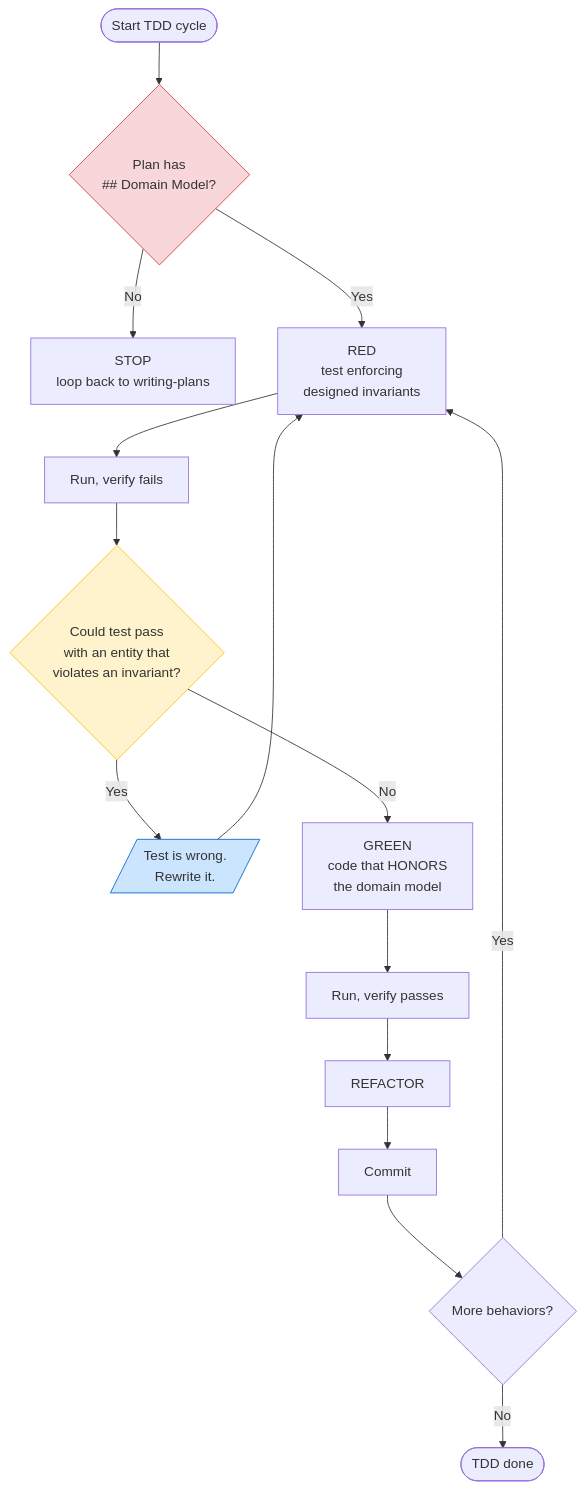
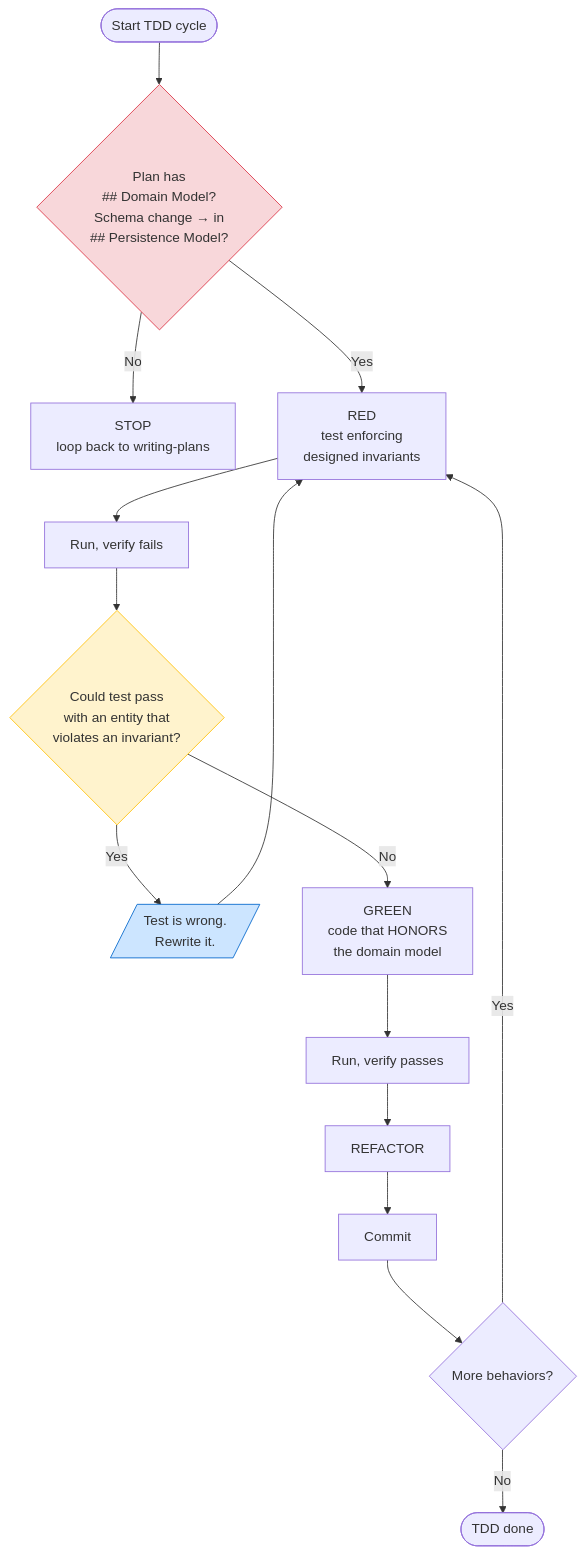
Before and after one commit to MudraMartin/dotlight-skillset: the third of 3 diagrams in README.md, drawn with Mermaid. The commit also changed other lines of this file and 76 other files, not shown here.

````diff
--- a/README.md
+++ b/README.md
@@ -217,21 +224,21 @@
 ```mermaid
 flowchart TD
-    Start([Start TDD cycle]) --> Prereq{"Plan has<br/>## Domain Model?"}
+    Start([Start TDD cycle]) --> Prereq{"Plan has<br/>## Domain Model?<br/>Schema change → in<br/>## Persistence Model?"}
     Prereq -->|No| StopBack["STOP<br/>loop back to writing-plans"]
     Prereq -->|Yes| Red["RED<br/>test enforcing<br/>designed invariants"]
     Red --> RunFail[Run, verify fails]
     RunFail --> CheatCheck{"Could test pass<br/>with an entity that<br/>violates an invariant?"}
     CheatCheck -->|Yes| FixTest[/"Test is wrong.<br/>Rewrite it."/]
     FixTest --> Red
     CheatCheck -->|No| Green["GREEN<br/>code that HONORS<br/>the domain model"]
     Green --> RunPass[Run, verify passes]
     RunPass --> Refactor[REFACTOR]
     Refactor --> Commit[Commit]
     Commit --> More{"More behaviors?"}
     More -->|Yes| Red
     More -->|No| EndCycle([TDD done])
 
     style Prereq fill:#f8d7da,stroke:#dc3545
     style CheatCheck fill:#fff3cd,stroke:#ffc107
     style FixTest fill:#cce5ff,stroke:#0066cc
 ```
````
